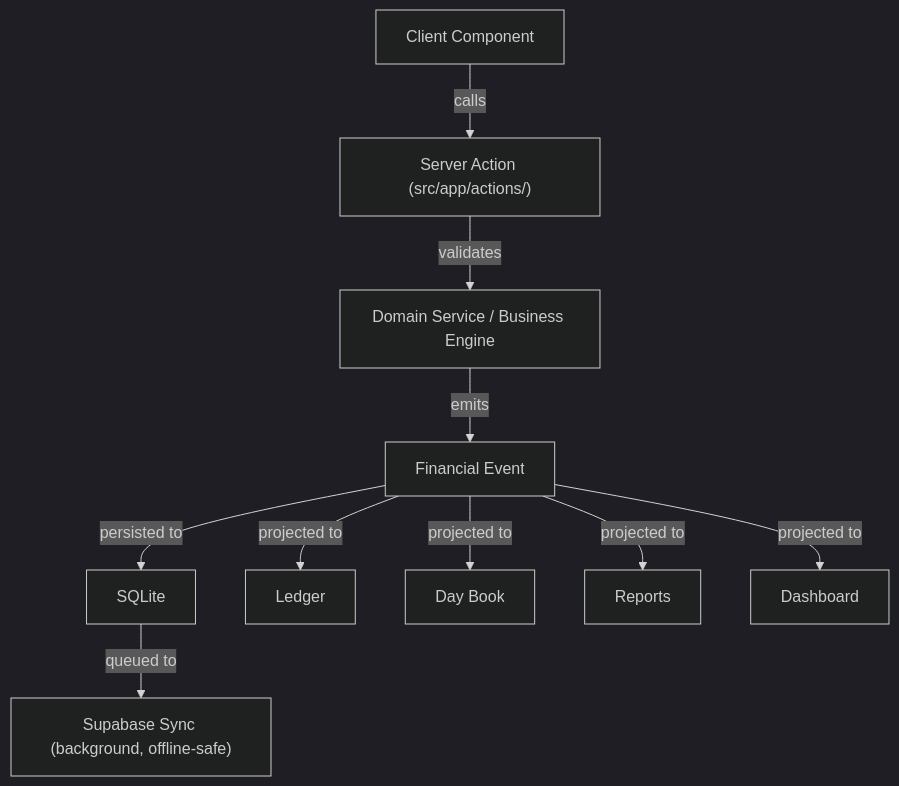
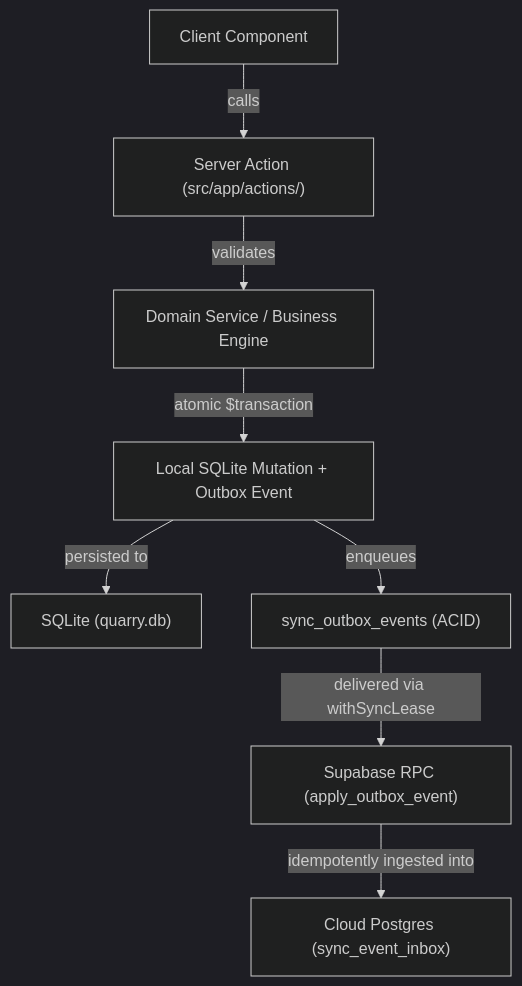
The diagram in docs/architecture/SYSTEM_BLUEPRINT.md (judahwilson-v/MBM-Quarry-ERP), drawn with Mermaid (dark theme) before and after one commit. The commit also changed other lines of this file and 70 other files, not shown here.

````diff
--- a/docs/architecture/SYSTEM_BLUEPRINT.md
+++ b/docs/architecture/SYSTEM_BLUEPRINT.md
@@ -29,12 +29,10 @@
 ```mermaid
 graph TD
     A["Client Component"] -->|calls| B["Server Action (src/app/actions/)"]
     B -->|validates| C["Domain Service / Business Engine"]
-    C -->|emits| D["Financial Event"]
-    D -->|persisted to| E["SQLite"]
-    D -->|projected to| F["Ledger"]
-    D -->|projected to| G["Day Book"]
-    D -->|projected to| H["Reports"]
-    D -->|projected to| I["Dashboard"]
-    E -->|queued to| J["Supabase Sync (background, offline-safe)"]
+    C -->|atomic $transaction| D["Local SQLite Mutation + Outbox Event"]
+    D -->|persisted to| E["SQLite (quarry.db)"]
+    D -->|enqueues| F["sync_outbox_events (ACID)"]
+    F -->|delivered via withSyncLease| G["Supabase RPC (apply_outbox_event)"]
+    G -->|idempotently ingested into| H["Cloud Postgres (sync_event_inbox)"]
 ```
````
